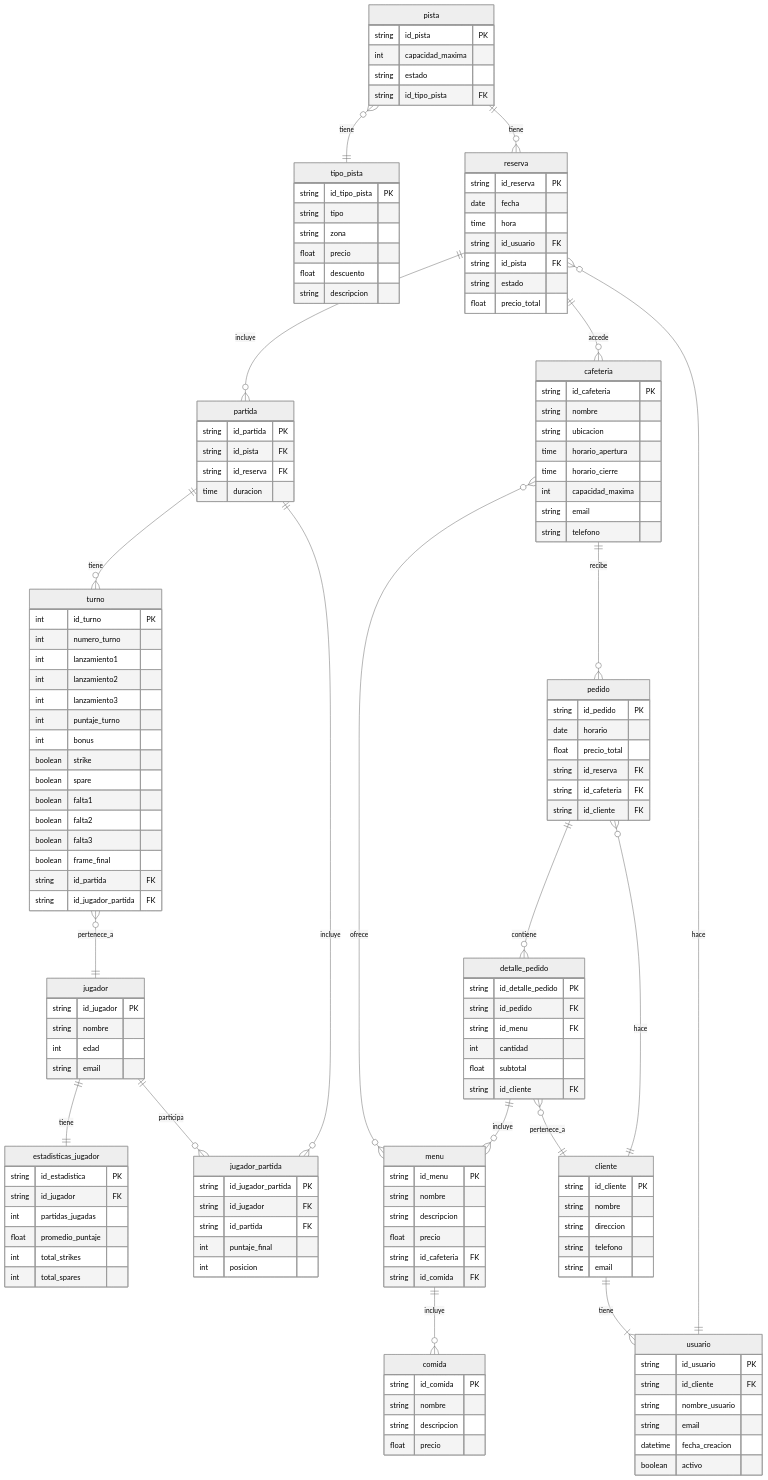
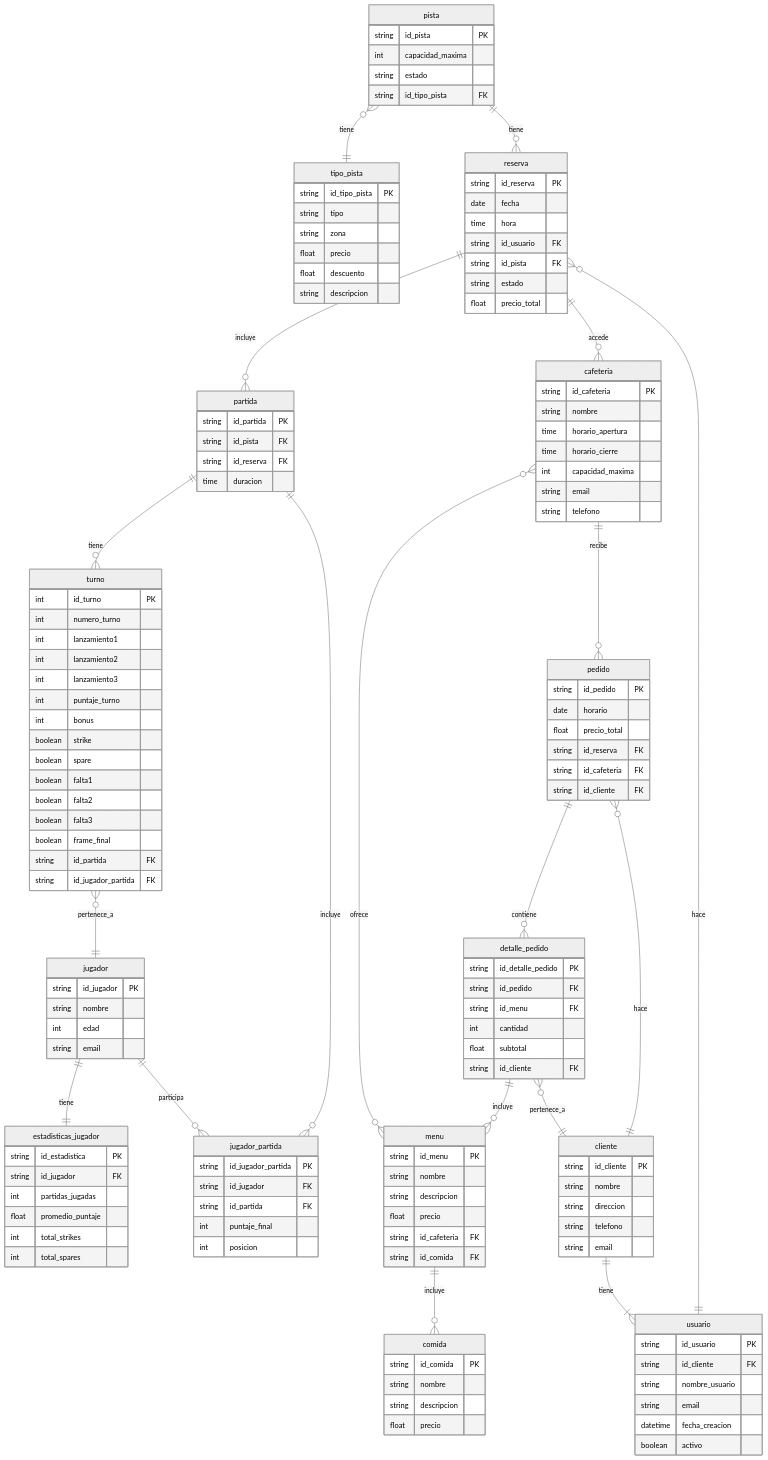
The diagram in docs/centro_bowling.mermaid (Villada-PG3/trabajo-practico-integrador-centro-bowling), drawn with Mermaid (neutral theme) before and after one commit.

Commit message:
quito ubicacion de cafeteria en el mermaid

```diff
--- a/docs/centro_bowling.mermaid
+++ b/docs/centro_bowling.mermaid
@@ -1,156 +1,155 @@
 erDiagram
     jugador ||--|| estadisticas_jugador : tiene
     pista }o--|| tipo_pista : tiene
     pista ||--o{ reserva : tiene
     usuario ||--o{ reserva : hace
     reserva ||--o{ partida : incluye
     partida ||--o{ turno : tiene
     turno }o--|| jugador : pertenece_a
     reserva ||--o{ cafeteria : accede
     cafeteria }o--o{ menu : ofrece
     cafeteria ||--o{ pedido : recibe
     jugador ||--o{ jugador_partida : participa
     partida ||--o{ jugador_partida : incluye
     pedido ||--o{ detalle_pedido : contiene
     cliente ||--|{ usuario : tiene
     cliente ||--o{ pedido : hace
     detalle_pedido ||--o{ menu : incluye    
     detalle_pedido }o--|| cliente : pertenece_a
     menu ||--o{ comida : incluye
 
     estadisticas_jugador {
         string id_estadistica PK
         string id_jugador FK
         int partidas_jugadas
         float promedio_puntaje
         int total_strikes
         int total_spares
     }
 
     usuario {
         string id_usuario PK
         string id_cliente FK
         string nombre_usuario
         string email
         datetime fecha_creacion
         boolean activo
     }
 
     pista {
         string id_pista PK
         int capacidad_maxima
         string estado
         string id_tipo_pista FK
     }
 
     tipo_pista {
         string id_tipo_pista PK
         string tipo
         string zona
         float precio
         float descuento
         string descripcion
     }
 
     cafeteria {
         string id_cafeteria PK
         string nombre
-        string ubicacion
         time horario_apertura
         time horario_cierre
         int capacidad_maxima
         string email
         string telefono
     }
 
     menu {
         string id_menu PK
         string nombre
         string descripcion
         float precio
         string id_cafeteria FK
         string id_comida FK
     }
 
     comida {
         string id_comida PK
         string nombre
         string descripcion
         float precio
     }
 
     pedido {
         string id_pedido PK
         date horario
         float precio_total
         string id_reserva FK
         string id_cafeteria FK
         string id_cliente FK
     }
 
     detalle_pedido {
         string id_detalle_pedido PK
         string id_pedido FK
         string id_menu FK
         int cantidad
         float subtotal
         string id_cliente FK
     }
 
     cliente {
         string id_cliente PK
         string nombre
         string direccion
         string telefono
         string email
     }
 
     reserva {
         string id_reserva PK
         date fecha
         time hora
         string id_usuario FK
         string id_pista FK
         string estado
         float precio_total
     }
 
     partida {
         string id_partida PK
         string id_pista FK
         string id_reserva FK
         time duracion
     }
 
     jugador {
         string id_jugador PK
         string nombre
         int edad
         string email
     }    
 
     jugador_partida {
         string id_jugador_partida PK
         string id_jugador FK
         string id_partida FK
         int puntaje_final
         int posicion
     }
 
     turno {
         int id_turno PK
         int numero_turno
         int lanzamiento1
         int lanzamiento2
         int lanzamiento3         
         int puntaje_turno
         int bonus
         boolean strike
         boolean spare
         boolean falta1
         boolean falta2
         boolean falta3      
         boolean frame_final
         string id_partida FK
         string id_jugador_partida FK
     }
```
